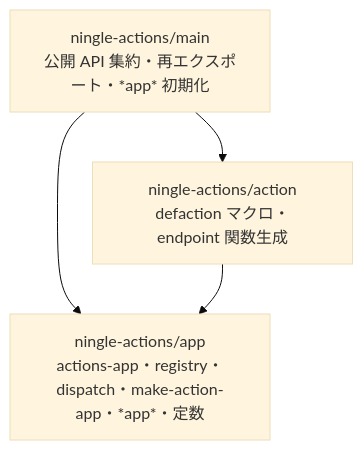
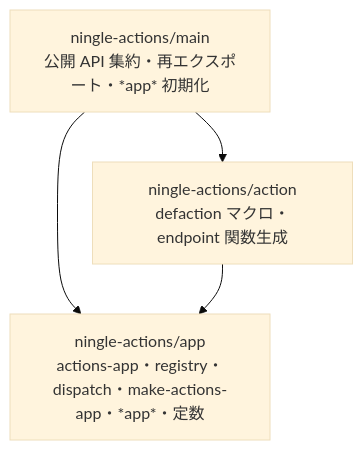
Before and after one commit to skyizwhite/ningle-actions: the fifth of 6 diagrams in docs/functional-design.md, drawn with Mermaid (base theme). The commit also changed other lines of this file and 10 other files, not shown here.

First line of the commit message:
refactor: unify action/actions naming to plural form

````diff
--- a/docs/functional-design.md
+++ b/docs/functional-design.md
@@ -159,10 +159,10 @@
 ```mermaid
 graph TD
     MAIN["ningle-actions/main<br/>公開 API 集約・再エクスポート・*app* 初期化"]
-    APP["ningle-actions/app<br/>actions-app・registry・dispatch・make-action-app・*app*・定数"]
+    APP["ningle-actions/app<br/>actions-app・registry・dispatch・make-actions-app・*app*・定数"]
     ACTION["ningle-actions/action<br/>defaction マクロ・endpoint 関数生成"]
 
     MAIN --> ACTION
     MAIN --> APP
     ACTION --> APP
 ```
````
